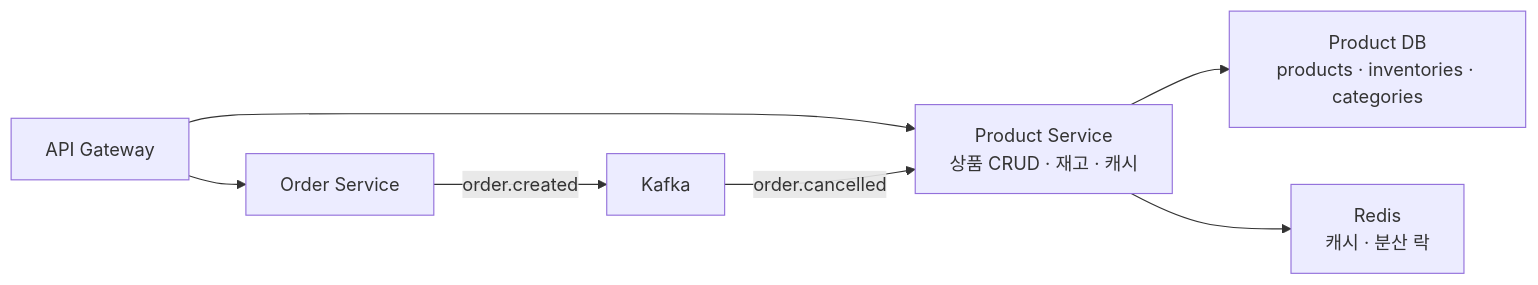
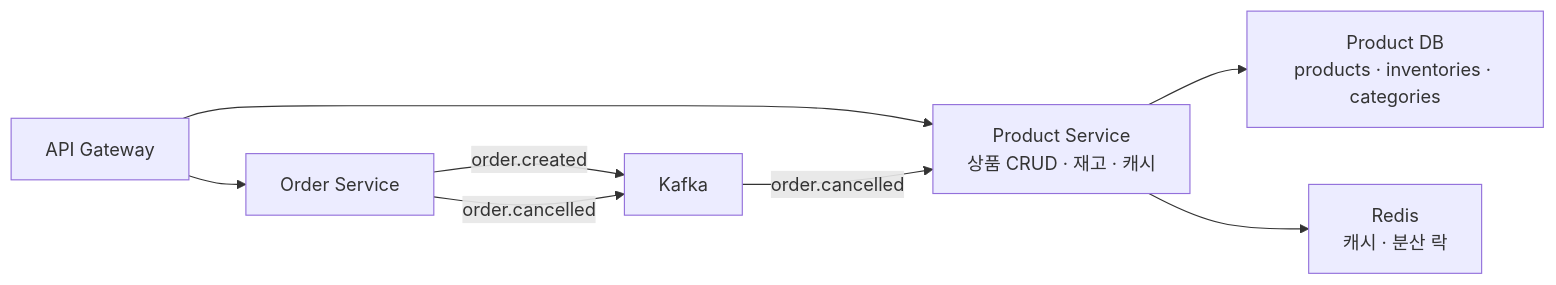
One commit to Kimgyuilli/blog changed the seventh of 7 diagrams in src/content/blog/peekcart-03-product-inventory-concurrency.md. Above: the diagram before and after it, drawn with Mermaid. The commit also changed other lines of this file and 16 other files, not shown here.

````diff
--- a/src/content/blog/peekcart-03-product-inventory-concurrency.md
+++ b/src/content/blog/peekcart-03-product-inventory-concurrency.md
@@ -752,15 +747,16 @@
 ```mermaid  
 flowchart LR  
     GW["API Gateway"]
     OrderSvc["Order Service"]
     ProductSvc["Product Service<br/>상품 CRUD · 재고 · 캐시"]
     Redis["Redis<br/>캐시 · 분산 락"]  
     ProductDB["Product DB<br/>products · inventories · categories"]
     Kafka["Kafka"]
     GW --> OrderSvc
     GW --> ProductSvc
     ProductSvc --> ProductDB
     ProductSvc --> Redis
     OrderSvc -->|"order.created"| Kafka
+    OrderSvc -->|"order.cancelled"| Kafka
     Kafka -->|"order.cancelled"| ProductSvc
 ```  
````
